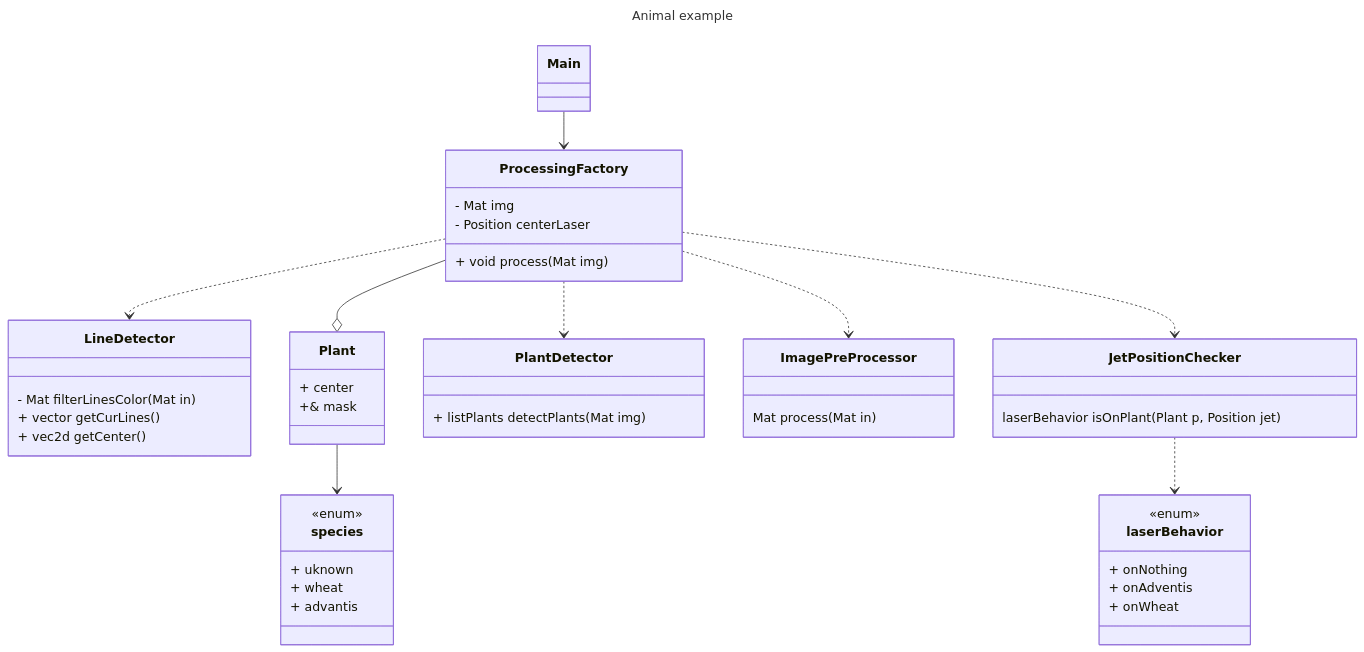
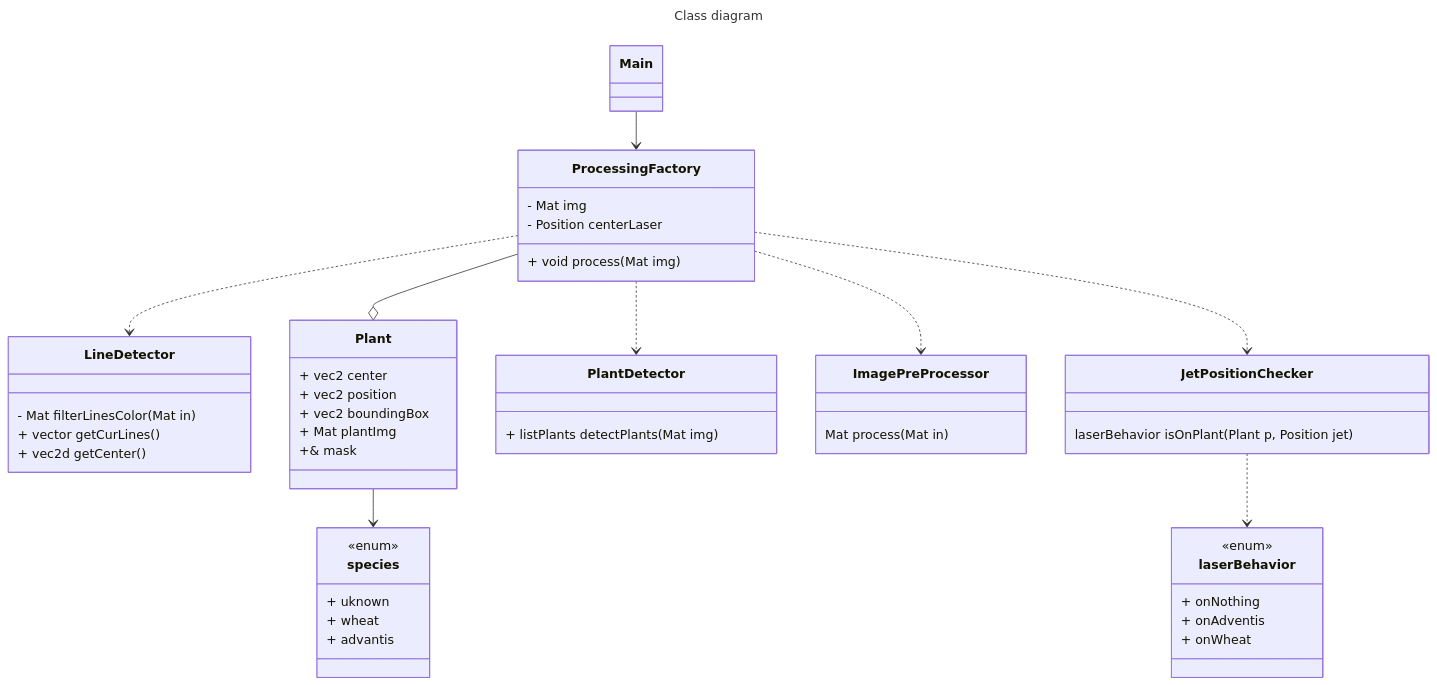
One commit to madeshiro/m2-uca_imagelib changed the diagram in doc/classes.md. Above: the diagram before and after it, drawn with Mermaid. The commit also changed 9 other files, not shown here.

````diff
--- a/doc/classes.md
+++ b/doc/classes.md
@@ -1,62 +1,65 @@
 ```mermaid
 ---
-title: Animal example
+title: Class diagram
 ---
 classDiagram
     class LineDetector{
         - Mat filterLinesColor(Mat in)
         + vector getCurLines()
         + vec2d getCenter()
     }
 
     class Plant{
-        + center
+        + vec2 center
+        + vec2 position
+        + vec2 boundingBox
+        + Mat plantImg
         +& mask
     }
 
     class ProcessingFactory{
         - Mat img
         - Position centerLaser
         + void process(Mat img)
     }
 
     class PlantDetector{
         + listPlants detectPlants(Mat img)
         
     }
 
     class Main{
 
     }
 
     class species{
     <<enum>>
         + uknown
         + wheat
         + advantis
     }
 
     class ImagePreProcessor{
         Mat process(Mat in)
     }
 
     class JetPositionChecker{
         laserBehavior isOnPlant(Plant p, Position jet)
     }
 
     class laserBehavior{
     <<enum>>
         + onNothing
         + onAdventis
         + onWheat
     }
 
     Plant --> species
     Main --> ProcessingFactory
     ProcessingFactory ..> LineDetector
     ProcessingFactory --o Plant
     ProcessingFactory ..> PlantDetector
     ProcessingFactory ..> ImagePreProcessor
     ProcessingFactory ..> JetPositionChecker
     JetPositionChecker ..> laserBehavior
 ``` 
````
